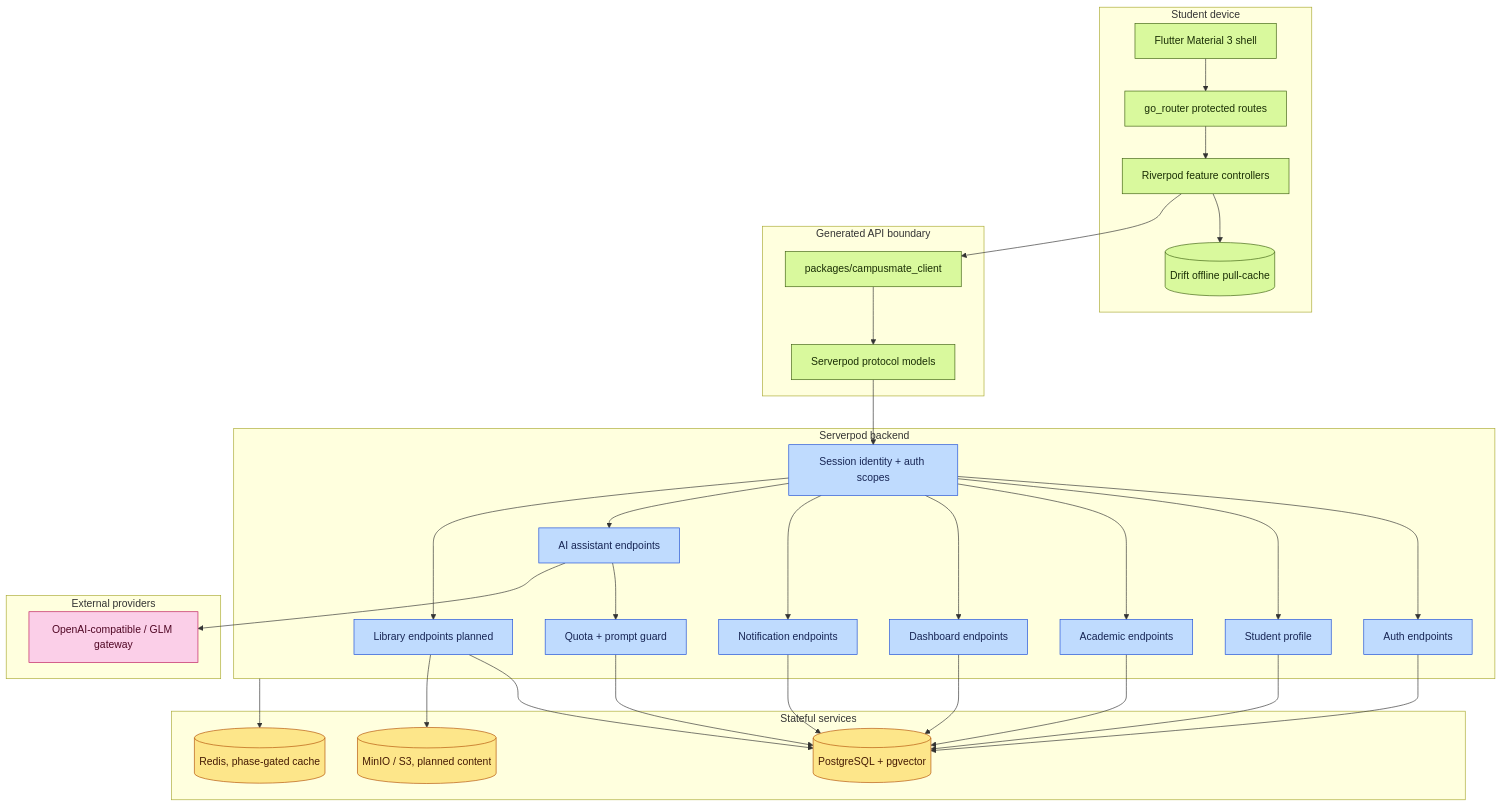
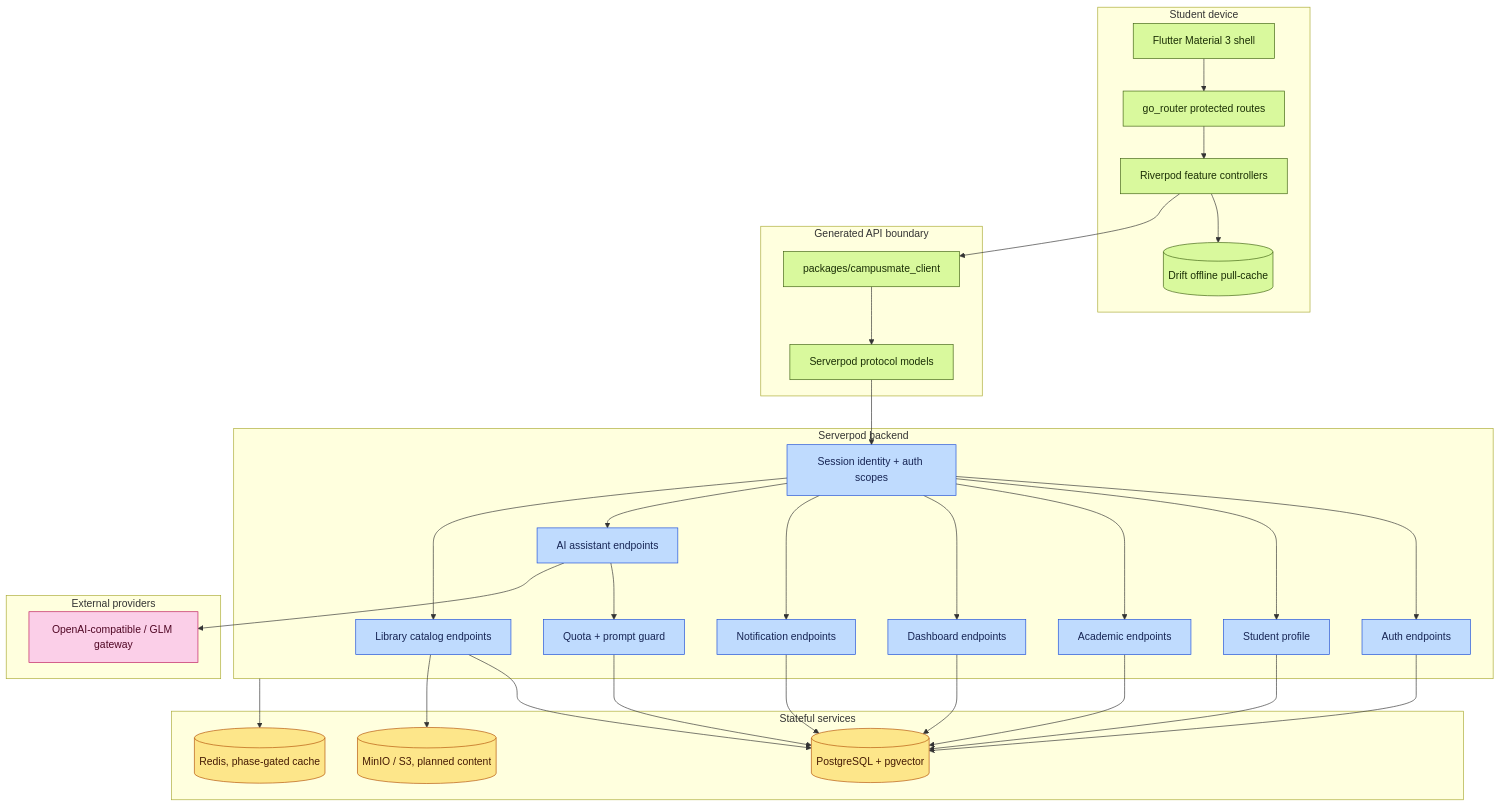
One commit to JasonTM17/CampusMate changed the first of 2 diagrams in docs/architecture.md. Above: the diagram before and after it, drawn with Mermaid. The commit also changed other lines of this file and 90 other files, not shown here.

Commit message:
feat(library): add catalog access policy

````diff
--- a/docs/architecture.md
+++ b/docs/architecture.md
@@ -7,70 +7,70 @@
 ```mermaid
 flowchart TB
     subgraph device[Student device]
         shell[Flutter Material 3 shell]
         router[go_router protected routes]
         controllers[Riverpod feature controllers]
         drift[(Drift offline pull-cache)]
     end
 
     subgraph generated[Generated API boundary]
         client[packages/campusmate_client]
         protocol[Serverpod protocol models]
     end
 
     subgraph backend[Serverpod backend]
         session[Session identity + auth scopes]
         auth[Auth endpoints]
         profile[Student profile]
         academic[Academic endpoints]
         dashboard[Dashboard endpoints]
         notify[Notification endpoints]
         ai[AI assistant endpoints]
-        library[Library endpoints planned]
+        library[Library catalog endpoints]
         quota[Quota + prompt guard]
     end
 
     subgraph data[Stateful services]
         postgres[(PostgreSQL + pgvector)]
         redis[(Redis, phase-gated cache)]
         minio[(MinIO / S3, planned content)]
     end
 
     subgraph external[External providers]
         llm[OpenAI-compatible / GLM gateway]
     end
 
     shell --> router
     router --> controllers
     controllers --> drift
     controllers --> client
     client --> protocol
     protocol --> session
     session --> auth
     session --> profile
     session --> academic
     session --> dashboard
     session --> notify
     session --> ai
     session --> library
     academic --> postgres
     dashboard --> postgres
     notify --> postgres
     profile --> postgres
     auth --> postgres
     ai --> quota
     quota --> postgres
     ai --> llm
     library --> postgres
     library --> minio
     backend --> redis
 
     classDef mobile fill:#d9f99d,stroke:#3f6212,color:#1a2e05
     classDef api fill:#bfdbfe,stroke:#1d4ed8,color:#172554
     classDef store fill:#fde68a,stroke:#b45309,color:#451a03
     classDef provider fill:#fbcfe8,stroke:#be185d,color:#500724
     class shell,router,controllers,drift,client,protocol mobile
     class session,auth,profile,academic,dashboard,notify,ai,library,quota api
     class postgres,redis,minio store
     class llm provider
 ```
````
